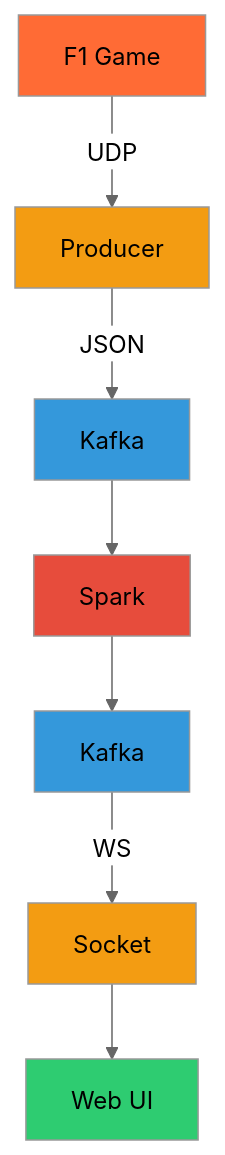
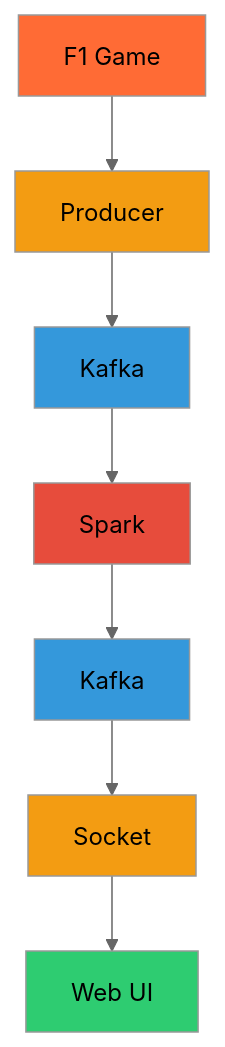
One commit to phish3y/f1-telemetry changed the diagram in README.md. Above: the diagram before and after it, drawn with Mermaid (neutral theme). The commit also changed other lines of this file, not shown here.

Commit message:
readme updates

````diff
--- a/README.md
+++ b/README.md
@@ -7,17 +41,17 @@
 ```mermaid
 graph TD
-    A[F1 Game] -->|UDP| B[Producer]
-    B -->|JSON| C[Kafka]
+    A[F1 Game] --> B[Producer]
+    B --> C[Kafka]
     C --> D[Spark]
     D --> E[Kafka]
-    E -->|WS| F[Socket]
+    E --> F[Socket]
     F --> G[Web UI]
     
     style A fill:#ff6b35
     style B fill:#f39c12
     style C fill:#3498db
     style D fill:#e74c3c
     style E fill:#3498db
     style F fill:#f39c12
     style G fill:#2ecc71
 ```
````
